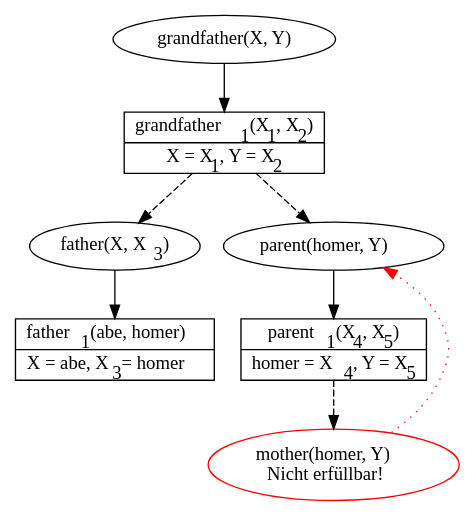
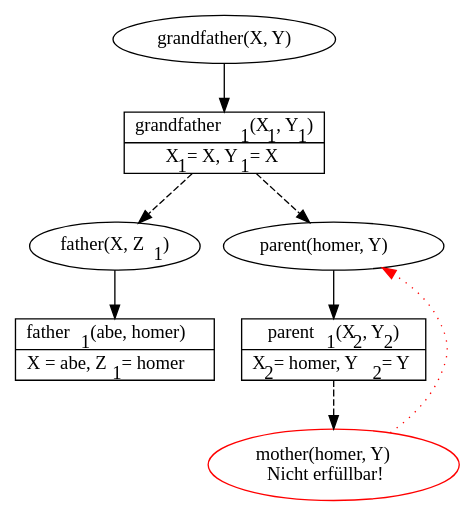
The diagram in Documentation/Pflichtenheft/image/visualisation/09_mother_backtrack.gv (pbrinkmeier/viper), drawn with Graphviz before and after one commit. The commit also changed 10 other files, not shown here.

```diff
--- a/Documentation/Pflichtenheft/image/visualisation/09_mother_backtrack.gv
+++ b/Documentation/Pflichtenheft/image/visualisation/09_mother_backtrack.gv
@@ -1,43 +1,43 @@
 digraph VIPER_visualization_root {
     node [fontname = "Fira Mono"];
 
     root [label = "grandfather(X, Y)"];
     root_success [
         // enables having multiple boxes inside a node
         shape = record,
         // using < and > instead of quotes for delimiting a label makes it possible to use (a subset of) HTML in it
         // { A | B } makes A and B be in two separate boxes stacked on top of each other
-        label = <{grandfather<sub>1</sub>(X<sub>1</sub>, X<sub>2</sub>)|X = X<sub>1</sub>, Y = X<sub>2</sub>}>
+        label = <{grandfather<sub>1</sub>(X<sub>1</sub>, Y<sub>1</sub>)|X<sub>1</sub> = X, Y<sub>1</sub> = X}>
     ];
-    subgoal1 [label = <father(X, X<sub>3</sub>)>];
+    subgoal1 [label = <father(X, Z<sub>1</sub>)>];
     subgoal2 [label = <parent(homer, Y)>];
     subgoal1_success [
         shape = record,
-        label = <{father<sub>1</sub>(abe, homer)|X = abe, X<sub>3</sub> = homer}>
+        label = <{father<sub>1</sub>(abe, homer)|X = abe, Z<sub>1</sub> = homer}>
     ];
     subgoal2_success [
         shape = record,
-        label = <{parent<sub>1</sub>(X<sub>4</sub>, X<sub>5</sub>)|homer = X<sub>4</sub>, Y = X<sub>5</sub>}>
+        label = <{parent<sub>1</sub>(X<sub>2</sub>, Y<sub>2</sub>)|X<sub>2</sub> = homer, Y<sub>2</sub> = Y}>
     ];
     subgoal2_success_mother [
         color = red,
         label = <mother(homer, Y)<br />Nicht erfüllbar!>
     ];
 
     // this ensures that subgoal1 is always left of subgoal2
     // and that they are always on the same level
     // try commenting the rank = same line and see what happens
     {rank = same; subgoal1; subgoal2}
     subgoal1 -> subgoal2 [style = invis];
 
     root -> root_success;
     root_success -> subgoal1 [style = dashed];
     root_success -> subgoal2 [style = dashed];
     subgoal1 -> subgoal1_success;
     subgoal2 -> subgoal2_success;
     subgoal2_success -> subgoal2_success_mother [style = dashed];
     // constraint = false ignores any rank constraints added by this edge
     // without disabling it, graphviz might try to arrange this node halfway
     // between the two nodes connected to it
     subgoal2_success_mother -> subgoal2 [style = dotted, color = red, constraint = false];
 }
```
